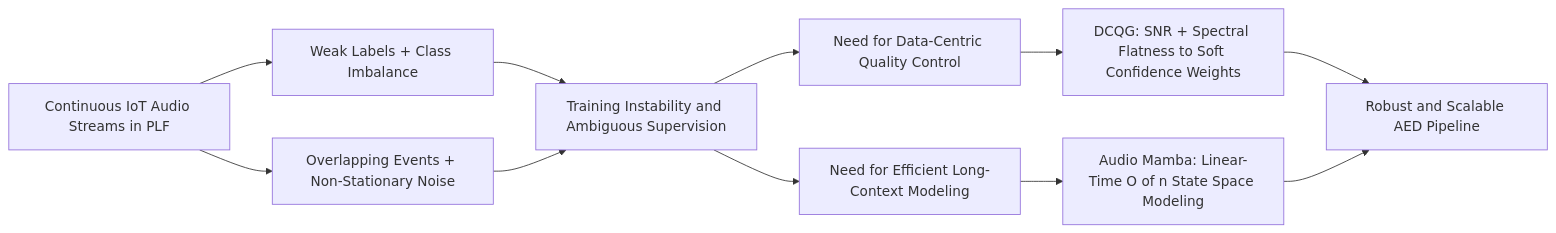
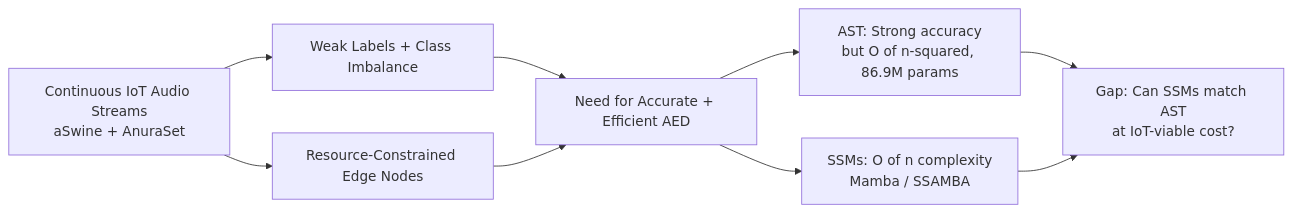
Before and after one commit to andremsouza/ssm-bioaed-iot: the first of 6 diagrams in README.md, drawn with Mermaid. The commit also changed other lines of this file and 47 other files, not shown here.

````diff
--- a/README.md
+++ b/README.md
@@ -102,13 +38,11 @@
 ```mermaid
 flowchart LR
-  A[Continuous IoT Audio Streams in PLF] --> B[Weak Labels + Class Imbalance]
-  A --> C[Overlapping Events + Non-Stationary Noise]
-  B --> D[Training Instability and Ambiguous Supervision]
+A[Continuous IoT Audio Streams</br>aSwine + AnuraSet] --> B[Weak Labels + Class Imbalance]
+  A --> C[Resource-Constrained Edge Nodes]
+  B --> D[Need for Accurate + Efficient AED]
   C --> D
-  D --> E[Need for Data-Centric Quality Control]
-  D --> F[Need for Efficient Long-Context Modeling]
-  E --> G[DCQG: SNR + Spectral Flatness to Soft Confidence Weights]
-  F --> H[Audio Mamba: Linear-Time O of n State Space Modeling]
-  G --> I[Robust and Scalable AED Pipeline]
-  H --> I
+  D --> E1[AST: Strong accuracy</br>but O of n-squared, 86.9M params]
+  D --> E2[SSMs: O of n complexity</br>Mamba / SSAMBA]
+  E1 --> F[Gap: Can SSMs match AST</br>at IoT-viable cost?]
+  E2 --> F
 ```
````
